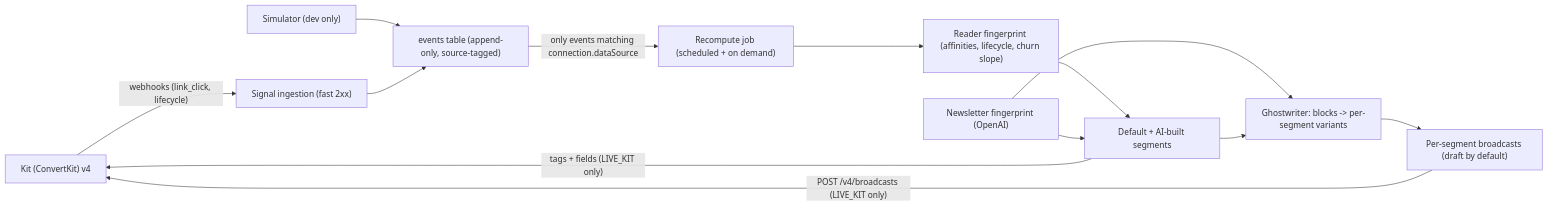
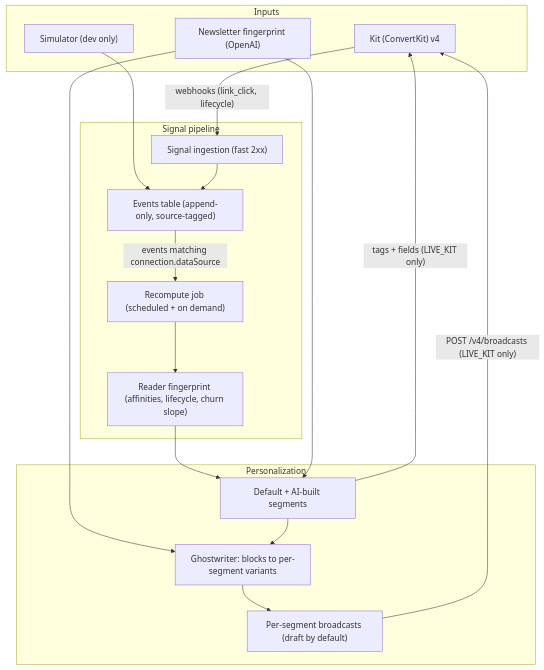
The diagram in README.md (limelightawaken/looptilt), drawn with Mermaid before and after one commit.

Commit message:
Fix README product architecture diagram for GitHub preview.
Replace arrow syntax inside node labels and switch to a top-down subgraph layout so Mermaid renders correctly.

````diff
--- a/README.md
+++ b/README.md
@@ -67,15 +67,34 @@
 ```mermaid
-flowchart LR
-  Kit["Kit (ConvertKit) v4"] -->|"webhooks (link_click, lifecycle)"| Ingest["Signal ingestion (fast 2xx)"]
-  Sim["Simulator (dev only)"] --> Events["events table (append-only, source-tagged)"]
+flowchart TB
+  subgraph inputs["Inputs"]
+    Kit["Kit (ConvertKit) v4"]
+    Sim["Simulator (dev only)"]
+    Newsletter["Newsletter fingerprint (OpenAI)"]
+  end
+
+  subgraph signals["Signal pipeline"]
+    Ingest["Signal ingestion (fast 2xx)"]
+    Events["Events table (append-only, source-tagged)"]
+    Recompute["Recompute job (scheduled + on demand)"]
+    Reader["Reader fingerprint (affinities, lifecycle, churn slope)"]
+  end
+
+  subgraph personalize["Personalization"]
+    Segments["Default + AI-built segments"]
+    Ghost["Ghostwriter: blocks to per-segment variants"]
+    Sends["Per-segment broadcasts (draft by default)"]
+  end
+
+  Kit -->|"webhooks (link_click, lifecycle)"| Ingest
+  Sim --> Events
   Ingest --> Events
-  Events -->|"only events matching connection.dataSource"| Recompute["Recompute job (scheduled + on demand)"]
-  Recompute --> Reader["Reader fingerprint (affinities, lifecycle, churn slope)"]
-  Reader --> Segments["Default + AI-built segments"]
-  Newsletter["Newsletter fingerprint (OpenAI)"] --> Segments
-  Newsletter --> Ghost["Ghostwriter: blocks -> per-segment variants"]
+  Events -->|"events matching connection.dataSource"| Recompute
+  Recompute --> Reader
+  Reader --> Segments
+  Newsletter --> Segments
+  Newsletter --> Ghost
   Segments --> Ghost
-  Ghost --> Sends["Per-segment broadcasts (draft by default)"]
+  Ghost --> Sends
   Segments -->|"tags + fields (LIVE_KIT only)"| Kit
   Sends -->|"POST /v4/broadcasts (LIVE_KIT only)"| Kit
 ```
````
